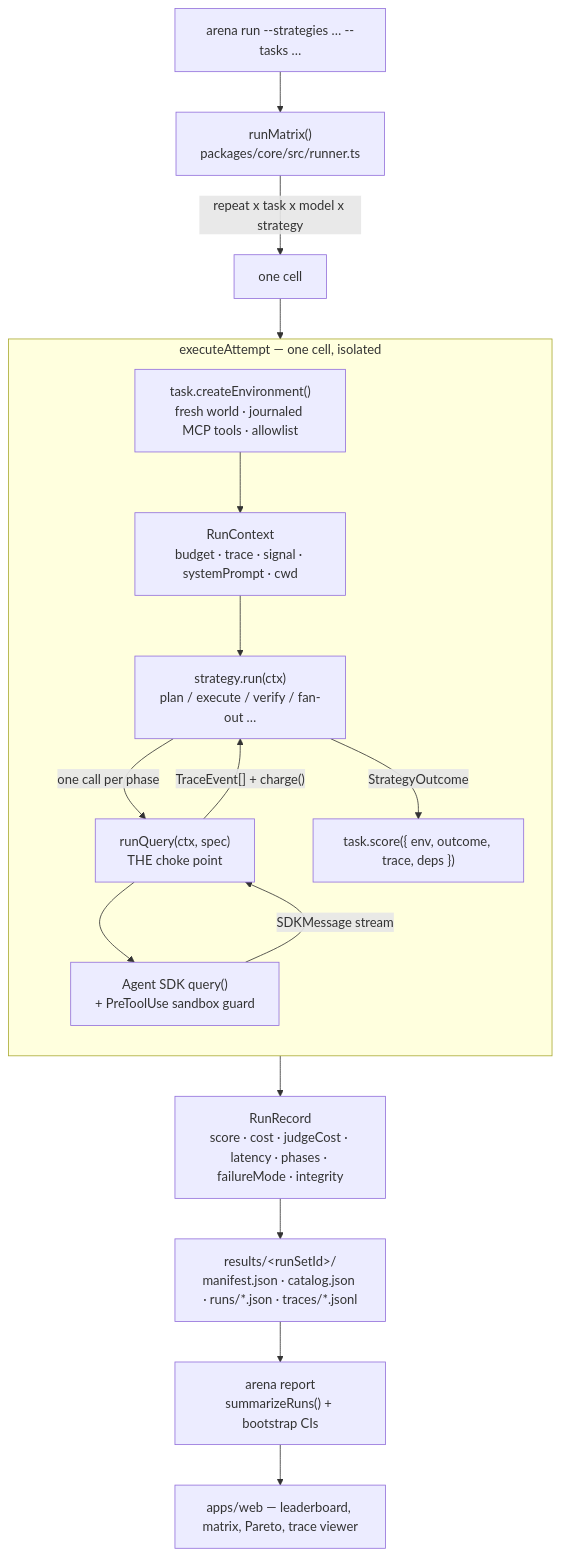
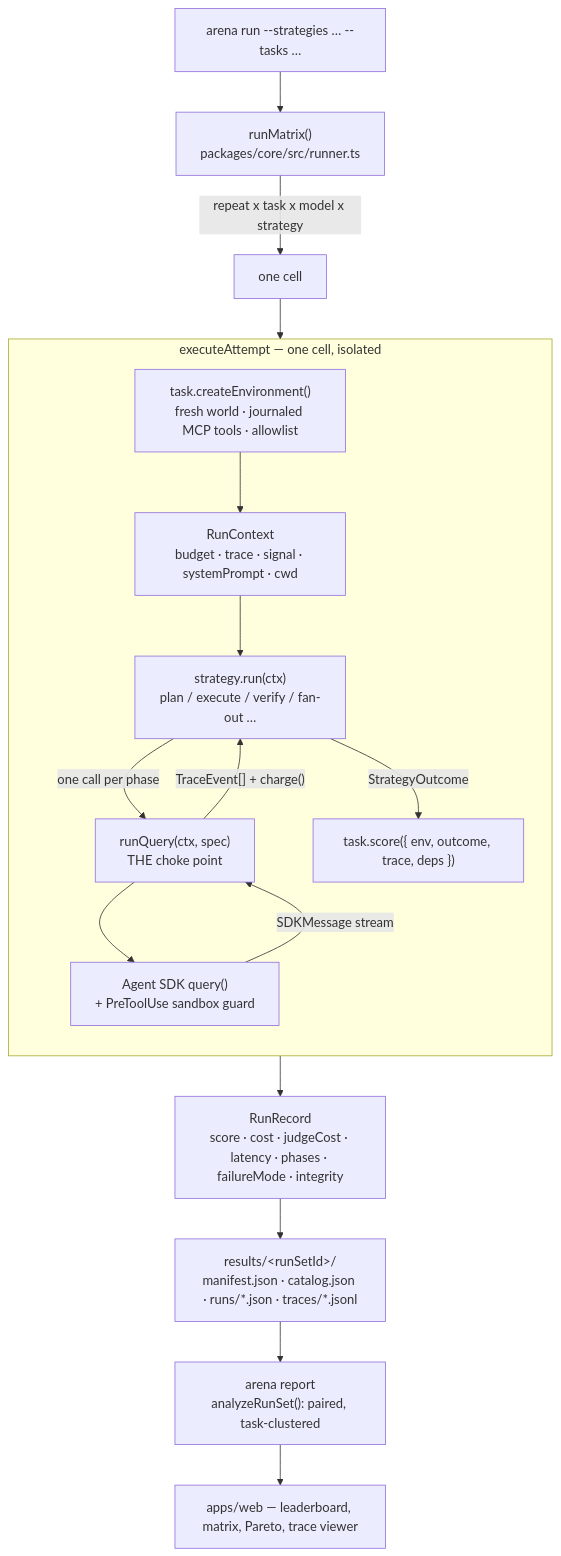
One commit to emiralpayar/scaffoldbench changed the diagram in docs/ARCHITECTURE.md. Above: the diagram before and after it, drawn with Mermaid. The commit also changed other lines of this file and 8 other files, not shown here.

First line of the commit message:
Report from core's paired, task-clustered analysis

````diff
--- a/docs/ARCHITECTURE.md
+++ b/docs/ARCHITECTURE.md
@@ -13,27 +13,27 @@
 ```mermaid
 flowchart TD
     CLI["arena run --strategies … --tasks …"] --> RM["runMatrix()<br/>packages/core/src/runner.ts"]
     RM -->|"repeat x task x model x strategy"| CELL["one cell"]
 
     subgraph cell ["executeAttempt — one cell, isolated"]
       direction TB
       ENV["task.createEnvironment()<br/>fresh world · journaled MCP tools · allowlist"]
       CTX["RunContext<br/>budget · trace · signal · systemPrompt · cwd"]
       STRAT["strategy.run(ctx)<br/>plan / execute / verify / fan-out …"]
       RQ["runQuery(ctx, spec)<br/>THE choke point"]
       SDK["Agent SDK query()<br/>+ PreToolUse sandbox guard"]
       SCORE["task.score({ env, outcome, trace, deps })"]
       ENV --> CTX --> STRAT
       STRAT -->|one call per phase| RQ
       RQ --> SDK
       SDK -->|SDKMessage stream| RQ
       RQ -->|"TraceEvent[] + charge()"| STRAT
       STRAT -->|StrategyOutcome| SCORE
     end
 
     CELL --> cell
     SCORE --> REC["RunRecord<br/>score · cost · judgeCost · latency · phases · failureMode · integrity"]
     REC --> DISK["results/&lt;runSetId&gt;/<br/>manifest.json · catalog.json · runs/*.json · traces/*.jsonl"]
-    DISK --> REPORT["arena report<br/>summarizeRuns() + bootstrap CIs"]
+    DISK --> REPORT["arena report<br/>analyzeRunSet(): paired, task-clustered"]
     REPORT --> SITE["apps/web — leaderboard, matrix, Pareto, trace viewer"]
 ```
````
